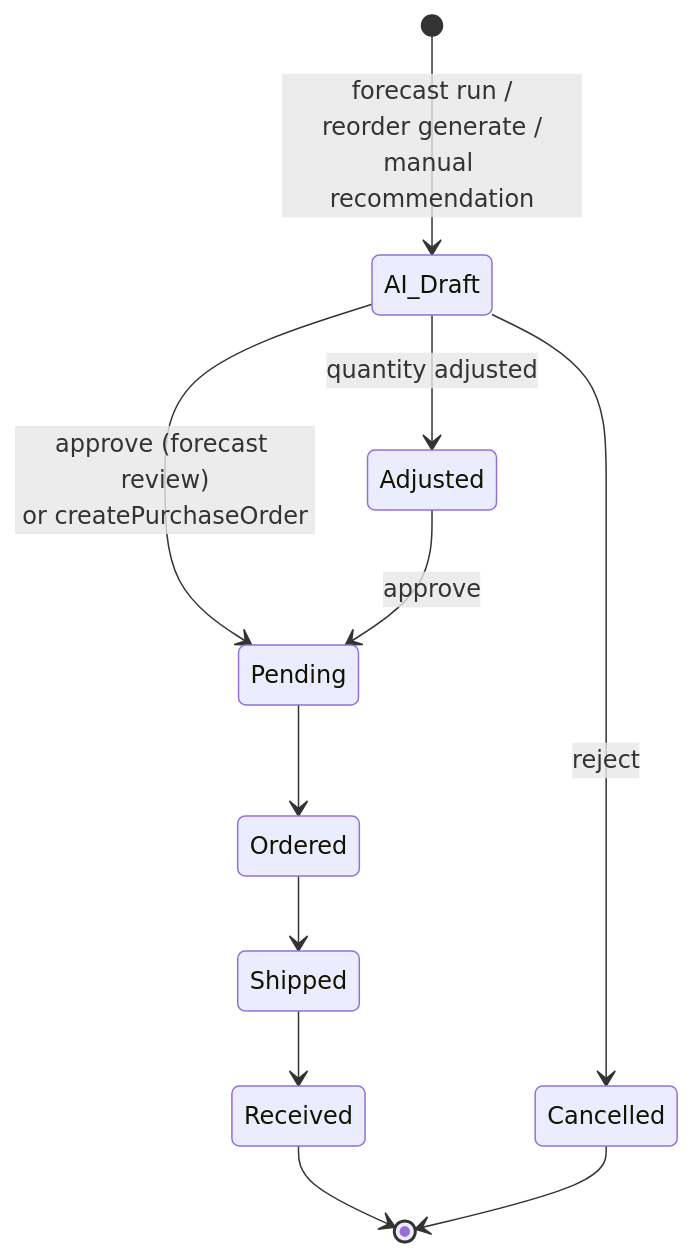
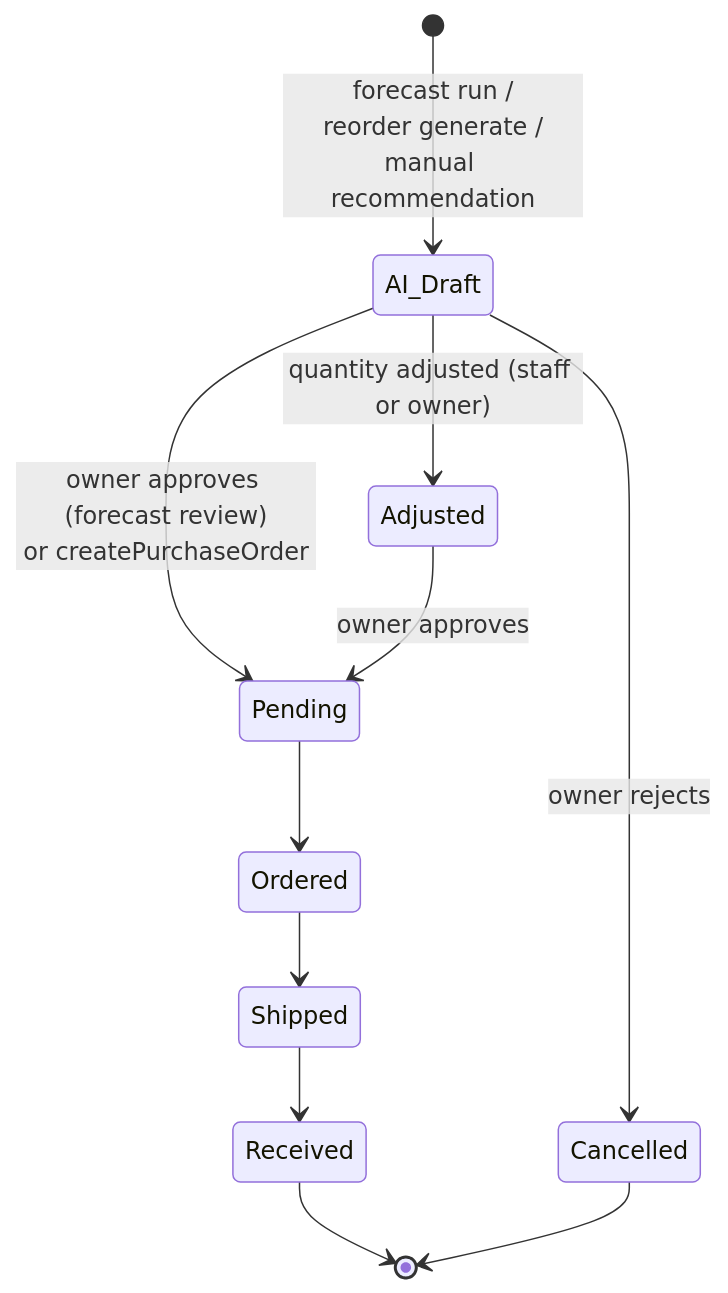
One commit to USER1043/MediStock_AI changed the third of 5 diagrams in docs/core-flows.md. Above: the diagram before and after it, drawn with Mermaid. The commit also changed other lines of this file and 9 other files, not shown here.

````diff
--- a/docs/core-flows.md
+++ b/docs/core-flows.md
@@ -149,13 +149,13 @@
 ```mermaid
 stateDiagram-v2
     [*] --> AI_Draft: forecast run /<br/>reorder generate /<br/>manual recommendation
-    AI_Draft --> Pending: approve (forecast review)<br/>or createPurchaseOrder
-    AI_Draft --> Adjusted: quantity adjusted
-    Adjusted --> Pending: approve
-    AI_Draft --> Cancelled: reject
+    AI_Draft --> Pending: owner approves (forecast review)<br/>or createPurchaseOrder
+    AI_Draft --> Adjusted: quantity adjusted (staff or owner)
+    Adjusted --> Pending: owner approves
+    AI_Draft --> Cancelled: owner rejects
     Pending --> Ordered
     Ordered --> Shipped
     Shipped --> Received
     Received --> [*]
     Cancelled --> [*]
 ```
````
